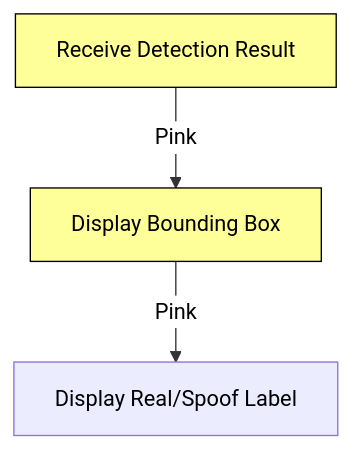
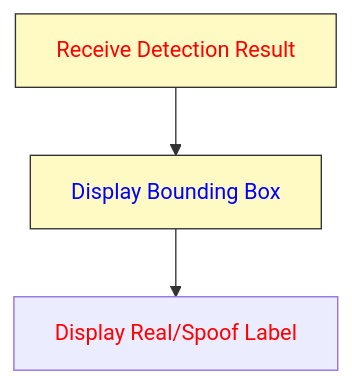
Before and after one commit to Tharun-selladurai/face_liveliness_web_platform: the fifth of 6 diagrams in README.md, drawn with Mermaid. The commit also changed other lines of this file, not shown here.

````diff
--- a/README.md
+++ b/README.md
@@ -113,9 +111,9 @@
 ```mermaid
-%%{init: { "theme": "default", "themeVariables": { "edgeLabelBackground": "#ffffff", "tertiaryColor": "#ffffff", "primaryColor": "#ffff99", "edgeColor": "#ff0080", "textColor": "#000000" }}}%%
+%%{init: { "theme": "default", "themeVariables": { "edgeLabelBackground": "#ffffff", "tertiaryColor": "#ffffff", "primaryColor": "#fff9c4", "edgeColor": "#ff0080", "textColor": "#000000" }}}%%
 graph TD;
-    A[Receive Detection Result] -->|Pink| B[Display Bounding Box]
-    B -->|Pink| C[Display Real/Spoof Label]
+    A[<font color="#ff0000">Receive Detection Result</font>] --> B[<font color="#0000ff">Display Bounding Box</font>]
+    B --> C[<font color="#ff0000">Display Real/Spoof Label</font>]
     
-    classDef display fill:#ffff99,stroke:#000000,color:#000000;
+    classDef display fill:#fff9c4,stroke:#333,color:#000000;
     class A,B display;
 ```
````
